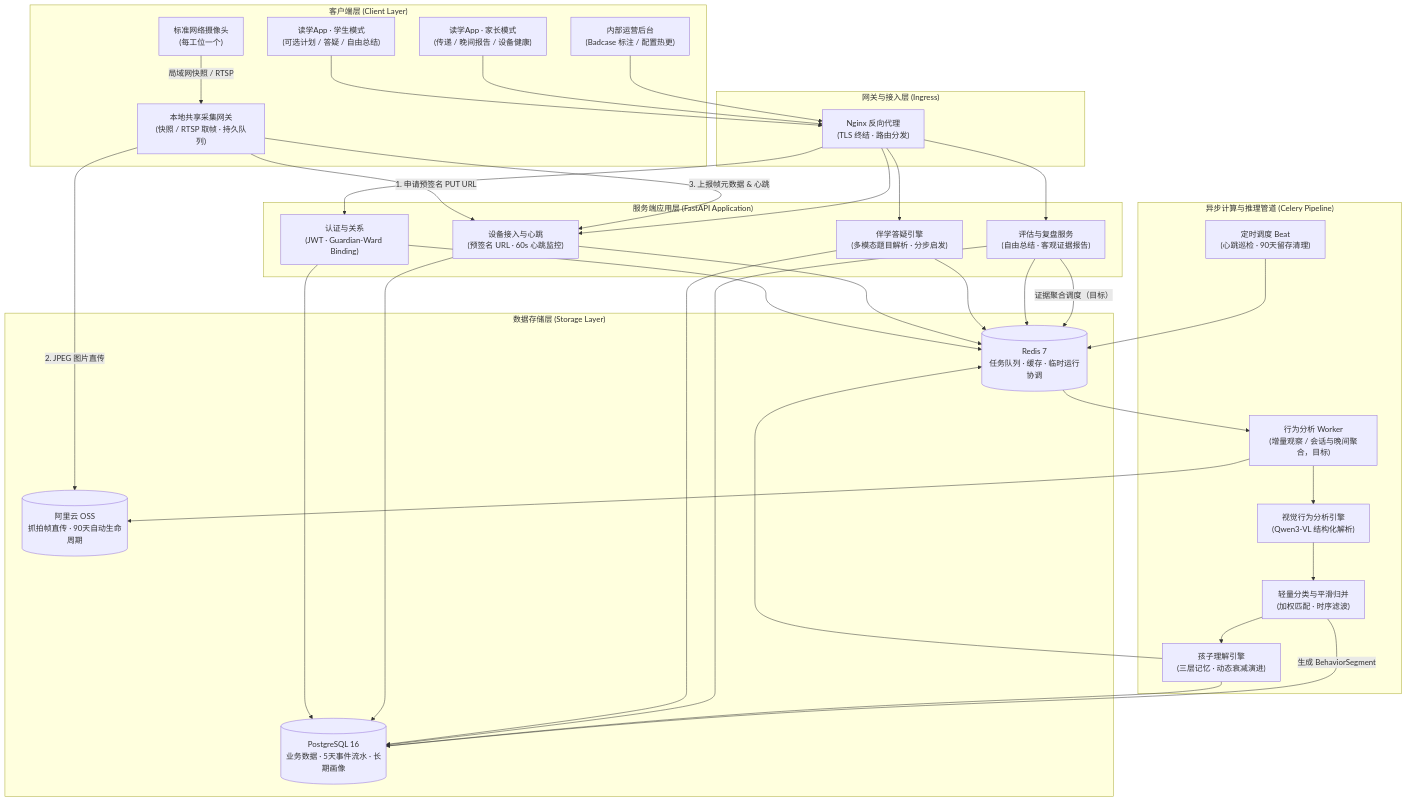
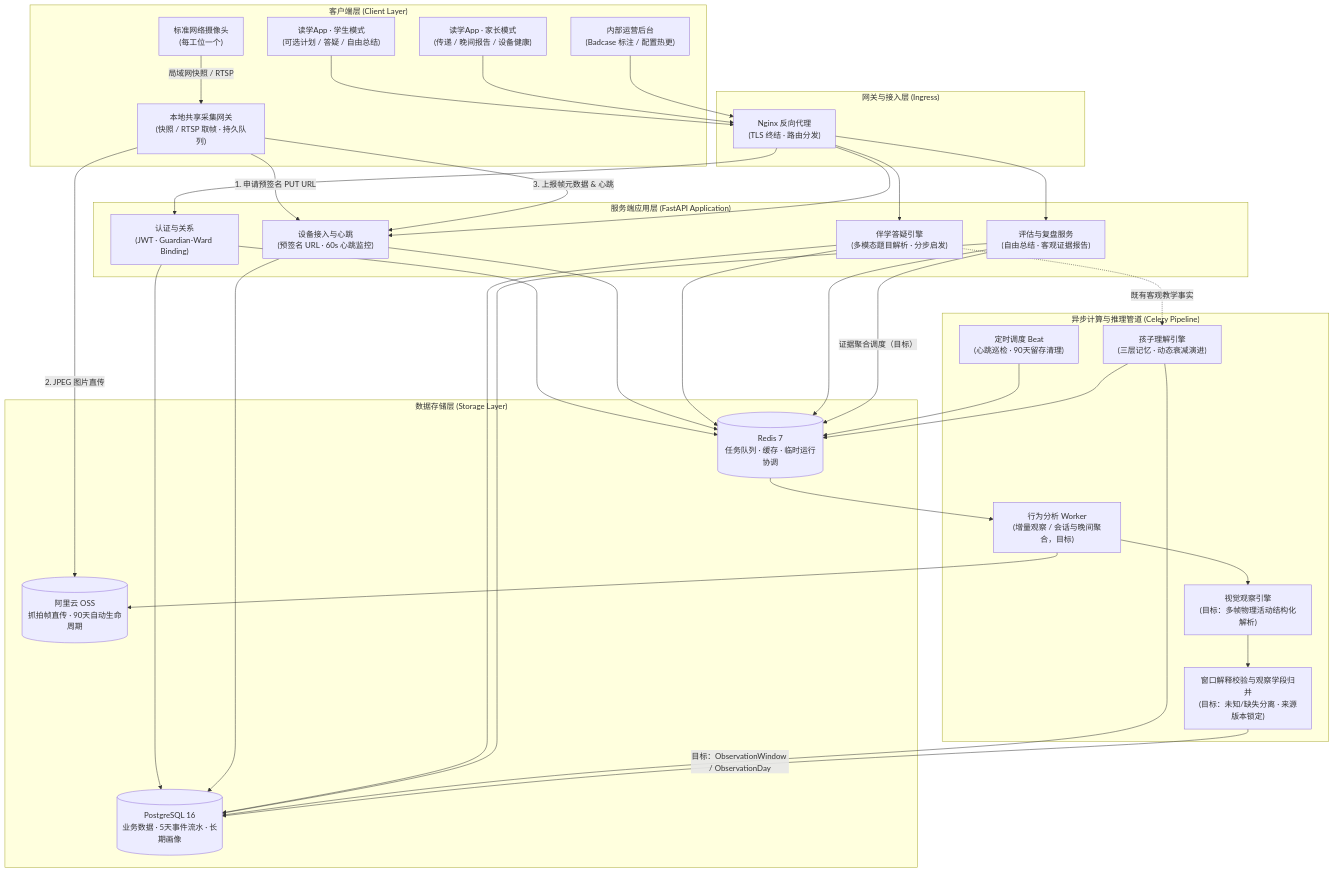
Before and after one commit to johanchow/duxue: the diagram in docs/technical/ARCHITECTURE.md, drawn with Mermaid. The commit also changed other lines of this file and 10 other files, not shown here.

Commit message:
docs(behavior): design observation pipeline and prelaunch validation

````diff
--- a/docs/technical/ARCHITECTURE.md
+++ b/docs/technical/ARCHITECTURE.md
@@ -36,55 +36,56 @@
 ```mermaid
 graph TB
     subgraph CLIENTS["客户端层 (Client Layer)"]
         CAM["标准网络摄像头<br/>(每工位一个)"]
         EDGE["本地共享采集网关<br/>(快照 / RTSP 取帧 · 持久队列)"]
         APP_W["读学App · 学生模式<br/>(可选计划 / 答疑 / 自由总结)"]
         APP_G["读学App · 家长模式<br/>(传递 / 晚间报告 / 设备健康)"]
         ADMIN["内部运营后台<br/>(Badcase 标注 / 配置热更)"]
     end
 
     subgraph INGRESS["网关与接入层 (Ingress)"]
         NGINX["Nginx 反向代理<br/>(TLS 终结 · 路由分发)"]
     end
 
     subgraph SERVICES["服务端应用层 (FastAPI Application)"]
         API_AUTH["认证与关系<br/>(JWT · Guardian-Ward Binding)"]
         API_DEV["设备接入与心跳<br/>(预签名 URL · 60s 心跳监控)"]
         API_COMP["伴学答疑引擎<br/>(多模态题目解析 · 分步启发)"]
         API_EVAL["评估与复盘服务<br/>(自由总结 · 客观证据报告)"]
     end
 
     subgraph ASYNC_PIPELINE["异步计算与推理管道 (Celery Pipeline)"]
         WORKER_SESSION["行为分析 Worker<br/>(增量观察 / 会话与晚间聚合，目标)"]
         WORKER_BEAT["定时调度 Beat<br/>(心跳巡检 · 90天留存清理)"]
-        VLM_ENGINE["视觉行为分析引擎<br/>(Qwen3-VL 结构化解析)"]
-        CLS_ENGINE["轻量分类与平滑归并<br/>(加权匹配 · 时序滤波)"]
+        VLM_ENGINE["视觉观察引擎<br/>(目标：多帧物理活动结构化解析)"]
+        CLS_ENGINE["窗口解释校验与观察学段归并<br/>(目标：未知/缺失分离 · 来源版本锁定)"]
         MEMORY_ENGINE["孩子理解引擎<br/>(三层记忆 · 动态衰减演进)"]
     end
 
     subgraph STORAGE["数据存储层 (Storage Layer)"]
         PG[("PostgreSQL 16<br/>业务数据 · 5天事件流水 · 长期画像")]
         REDIS[("Redis 7<br/>任务队列 · 缓存 · 临时运行协调")]
         OSS[("阿里云 OSS<br/>抓拍帧直传 · 90天自动生命周期")]
     end
 
     %% 抓拍直传链路 (核心：二进制流不经 API)
     CAM -- "局域网快照 / RTSP" --> EDGE
     EDGE -- "1. 申请预签名 PUT URL" --> API_DEV
     EDGE -- "2. JPEG 图片直传" --> OSS
     EDGE -- "3. 上报帧元数据 & 心跳" --> API_DEV
 
     %% 交互链路
     APP_W & APP_G & ADMIN --> NGINX --> API_AUTH & API_DEV & API_COMP & API_EVAL
 
     %% 服务端内部数据流
     API_AUTH & API_DEV & API_COMP & API_EVAL --> PG & REDIS
     API_EVAL -- "证据聚合调度（目标）" --> REDIS --> WORKER_SESSION
     WORKER_BEAT --> REDIS
 
     %% 异步分析流水线
     WORKER_SESSION --> OSS
-    WORKER_SESSION --> VLM_ENGINE --> CLS_ENGINE --> MEMORY_ENGINE
+    WORKER_SESSION --> VLM_ENGINE --> CLS_ENGINE
+    API_COMP -.->|既有客观教学事实| MEMORY_ENGINE
     MEMORY_ENGINE --> PG & REDIS
-    CLS_ENGINE -- "生成 BehaviorSegment" --> PG
+    CLS_ENGINE -- "目标：ObservationWindow / ObservationDay" --> PG
 ```
````
